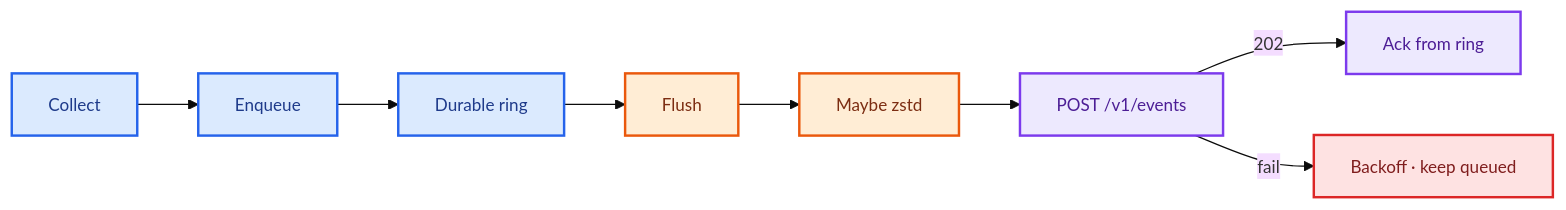
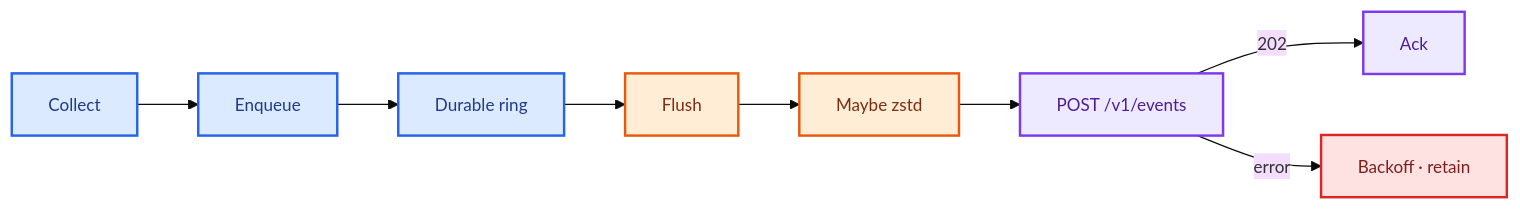
Before and after one commit to TrustEdgeOrg/TrustEdge-Agent: the second of 4 diagrams in docs/architecture.md, drawn with Mermaid. The commit also changed other lines of this file and 7 other files, not shown here.

First line of the commit message:
Tighten agent docs: professional architecture and less overlap.

````diff
--- a/docs/architecture.md
+++ b/docs/architecture.md
@@ -108,18 +98,18 @@
 ```mermaid
 %%{init: {'theme': 'base', 'themeVariables': {'fontSize': '14px', 'fontFamily': 'arial'}}}%%
 flowchart LR
     C["Collect"] --> E["Enqueue"] --> R["Durable ring"]
     R --> F["Flush"] --> Z["Maybe zstd"] --> P["POST /v1/events"]
-    P -->|202| A["Ack from ring"]
-    P -->|fail| B["Backoff · keep queued"]
+    P -->|202| A["Ack"]
+    P -->|error| B["Backoff · retain"]
 
     classDef a fill:#DBEAFE,stroke:#2563EB,stroke-width:2px,color:#1E3A8A
     classDef b fill:#FFEDD5,stroke:#EA580C,stroke-width:2px,color:#7C2D12
     classDef c fill:#EDE9FE,stroke:#7C3AED,stroke-width:2px,color:#4C1D95
     classDef d fill:#FEE2E2,stroke:#DC2626,stroke-width:2px,color:#7F1D1D
 
     class C,E,R a
     class F,Z b
     class P,A c
     class B d
 ```
````
